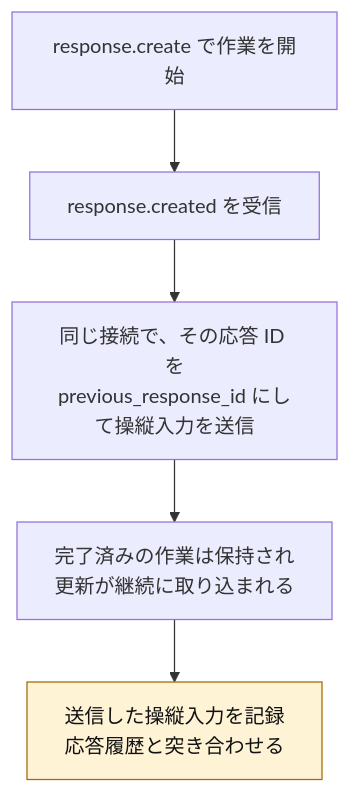
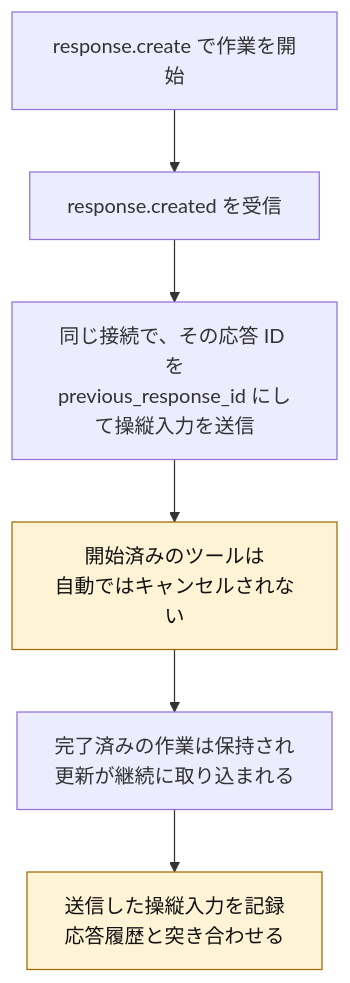
The eighth of 12 diagrams in Openai-gpt-6-astra-best-practices-guide.md (myoshi2891/Comparison-of-LLMs), drawn with Mermaid before and after one commit. The commit also changed other lines of this file, not shown here.

Commit message:
docs(openai): refine reasoning flow, draft PR approval, and PTC tool cancellation in Astra guide

````diff
--- a/Openai-gpt-6-astra-best-practices-guide.md
+++ b/Openai-gpt-6-astra-best-practices-guide.md
@@ -517,9 +523,10 @@
 ```mermaid
 flowchart TB
   A["response.create で作業を開始"] --> B["response.created を受信"]
   B --> C["同じ接続で、その応答 ID を<br/>previous_response_id にして操縦入力を送信"]
-  C --> D["完了済みの作業は保持され<br/>更新が継続に取り込まれる"]
+  C --> T["開始済みのツールは<br/>自動ではキャンセルされない"]
+  T --> D["完了済みの作業は保持され<br/>更新が継続に取り込まれる"]
   D --> E["送信した操縦入力を記録<br/>応答履歴と突き合わせる"]
   classDef warn fill:#fff3d6,stroke:#a06a00,color:#111
-  class E warn
+  class T,E warn
 ```
````
